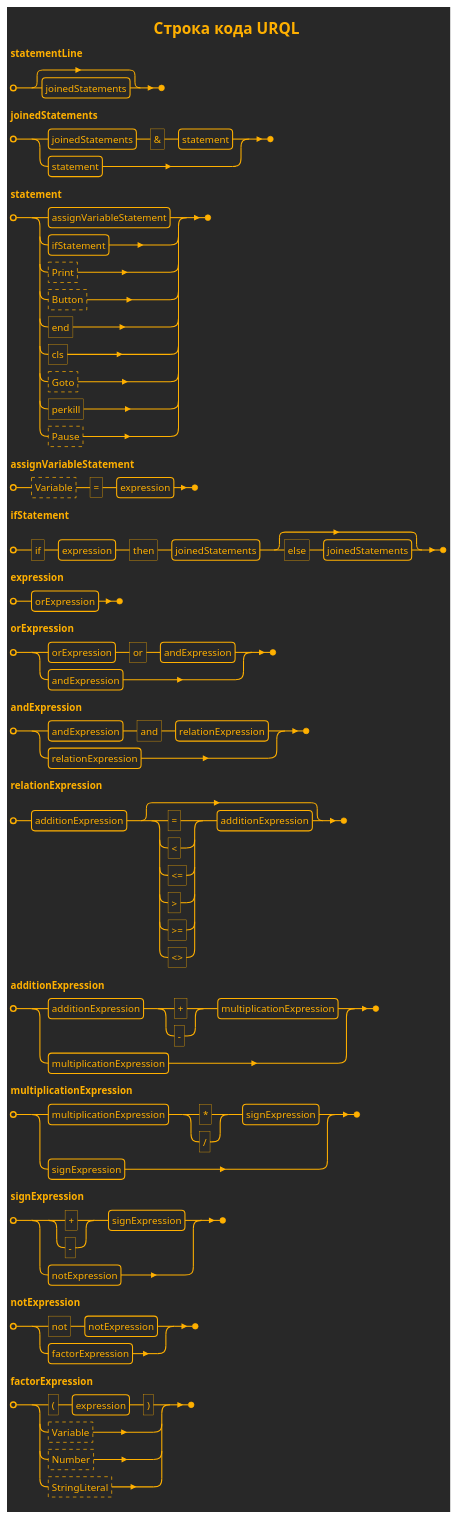
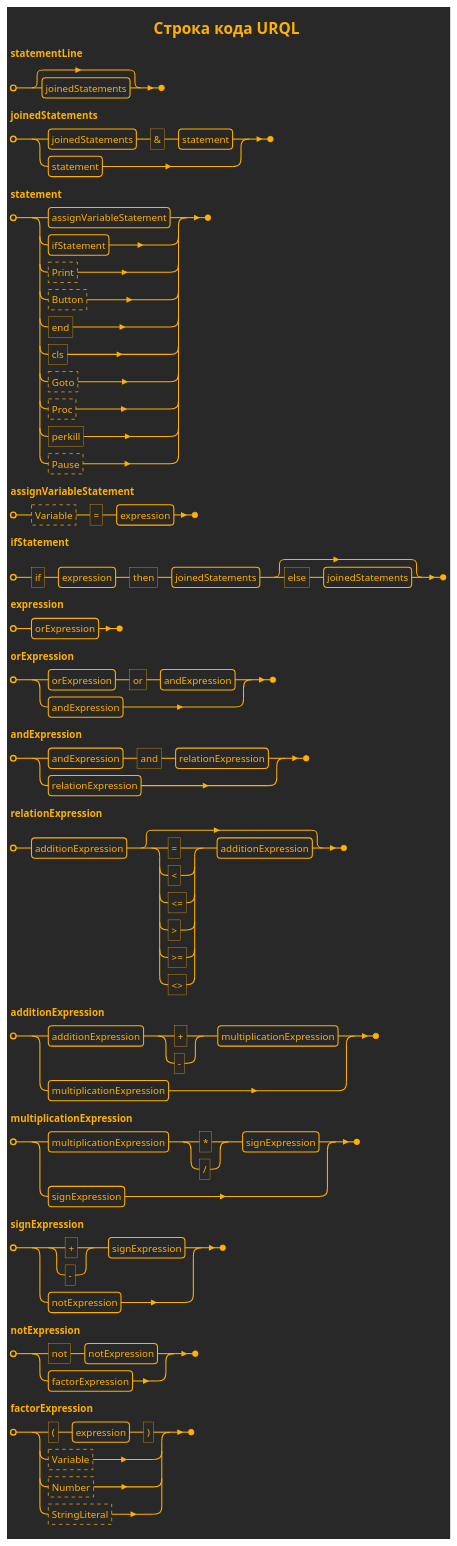
One commit to realsonic/MURQ changed the first of 13 diagrams in Domain/MURQ.Domain/URQL/docs/URQL Lines Syntax.md. Above: the diagram before and after it, drawn with PlantUML. The commit also changed 14 other files, not shown here.

````diff
--- a/Domain/MURQ.Domain/URQL/docs/URQL Lines Syntax.md
+++ b/Domain/MURQ.Domain/URQL/docs/URQL Lines Syntax.md
@@ -2,63 +2,64 @@
 ```plantuml
 @startebnf URQL Line
 !theme crt-amber
 ' skinparam monochrome reverse
 
 title Строка кода URQL
 
 statementLine = [ joinedStatements ];
 
 joinedStatements = 
       joinedStatements, '&', statement
     | statement;
 
 statement =
     assignVariableStatement
   | ifStatement
   | ?Print?
   | ?Button?
   | 'end'
   | 'cls'
   | ?Goto?
+  | ?Proc?
   | 'perkill'
   | ?Pause?;
 
 assignVariableStatement = ?Variable?,  '=', expression;
 
 ifStatement = 'if', expression, 'then', joinedStatements, [ 'else', joinedStatements ];
 
 expression = orExpression;
 
 orExpression =
     orExpression, 'or', andExpression
   | andExpression;
 
 andExpression =
     andExpression, 'and', relationExpression
   | relationExpression;
 
 relationExpression = additionExpression, [ ( '=' | '<' | '<=' | '>' | '>=' | '<>' ), additionExpression ];
 
 additionExpression =
     additionExpression, ( '+' | '-' ), multiplicationExpression
   | multiplicationExpression;
 
 multiplicationExpression =
     multiplicationExpression, ( '*' | "/" ), signExpression
   | signExpression;
 
 signExpression =
     ( '+' | '-' ), signExpression
   | notExpression;
 
 notExpression =
     ( 'not' ), notExpression
   | factorExpression;
 
 factorExpression =
     ( '(', expression, ')' )
   | ?Variable?
   | ?Number?
   | ?StringLiteral?;
 @endebnf
 ```
````
